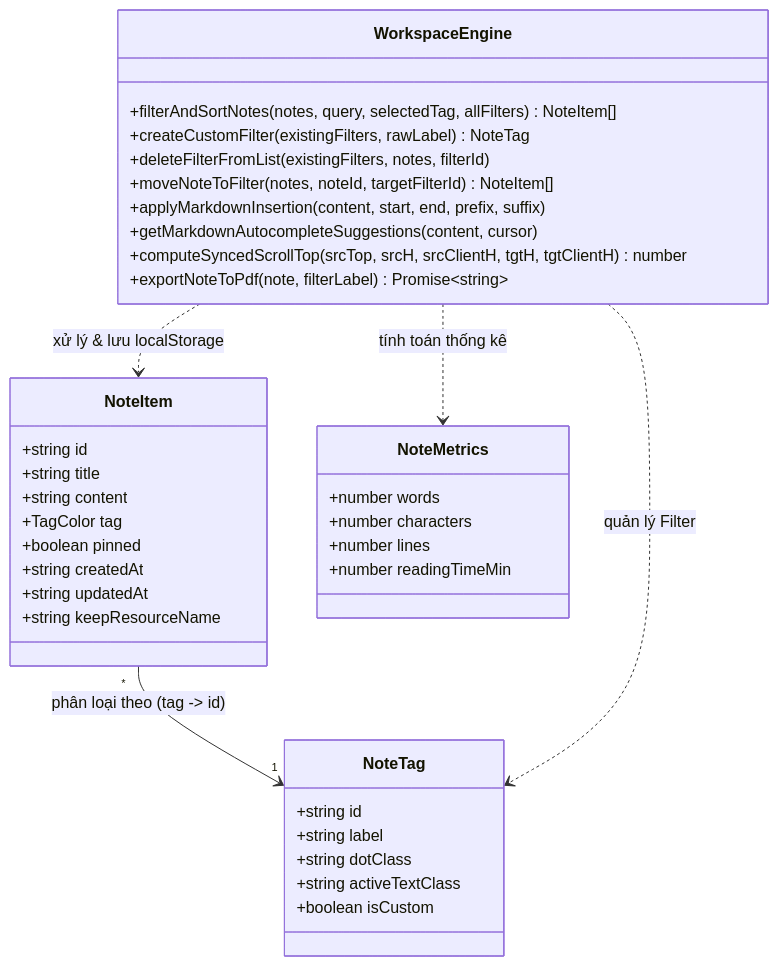
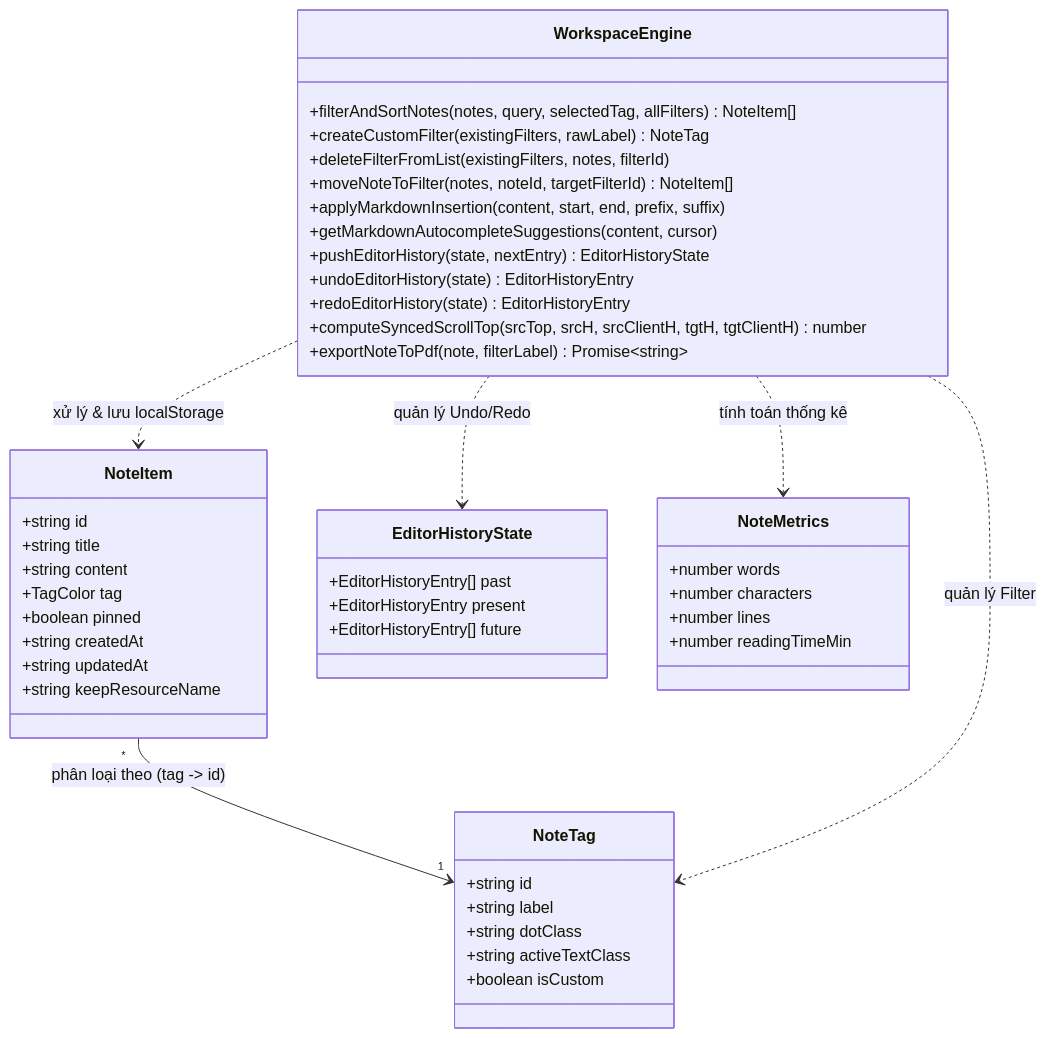
One commit to taro1026205/VibeNotes changed the second of 2 diagrams in README.md. Above: the diagram before and after it, drawn with Mermaid. The commit also changed other lines of this file and 8 other files, not shown here.

First line of the commit message:
feat(editor): add undo/redo functionality

````diff
--- a/README.md
+++ b/README.md
@@ -62,44 +62,54 @@
 ```mermaid
 classDiagram
     class NoteItem {
         +string id
         +string title
         +string content
         +TagColor tag
         +boolean pinned
         +string createdAt
         +string updatedAt
         +string keepResourceName
     }
 
     class NoteTag {
         +string id
         +string label
         +string dotClass
         +string activeTextClass
         +boolean isCustom
     }
 
+    class EditorHistoryState {
+        +EditorHistoryEntry[] past
+        +EditorHistoryEntry present
+        +EditorHistoryEntry[] future
+    }
+
     class NoteMetrics {
         +number words
         +number characters
         +number lines
         +number readingTimeMin
     }
 
     class WorkspaceEngine {
         +filterAndSortNotes(notes, query, selectedTag, allFilters) NoteItem[]
         +createCustomFilter(existingFilters, rawLabel) NoteTag
         +deleteFilterFromList(existingFilters, notes, filterId)
         +moveNoteToFilter(notes, noteId, targetFilterId) NoteItem[]
         +applyMarkdownInsertion(content, start, end, prefix, suffix)
         +getMarkdownAutocompleteSuggestions(content, cursor)
+        +pushEditorHistory(state, nextEntry) EditorHistoryState
+        +undoEditorHistory(state) EditorHistoryEntry
+        +redoEditorHistory(state) EditorHistoryEntry
         +computeSyncedScrollTop(srcTop, srcH, srcClientH, tgtH, tgtClientH) number
         +exportNoteToPdf(note, filterLabel) Promise~string~
     }
 
     NoteItem "*" --> "1" NoteTag : phân loại theo (tag -> id)
     WorkspaceEngine ..> NoteItem : xử lý & lưu localStorage
     WorkspaceEngine ..> NoteTag : quản lý Filter
+    WorkspaceEngine ..> EditorHistoryState : quản lý Undo/Redo
     WorkspaceEngine ..> NoteMetrics : tính toán thống kê
 ```
````
